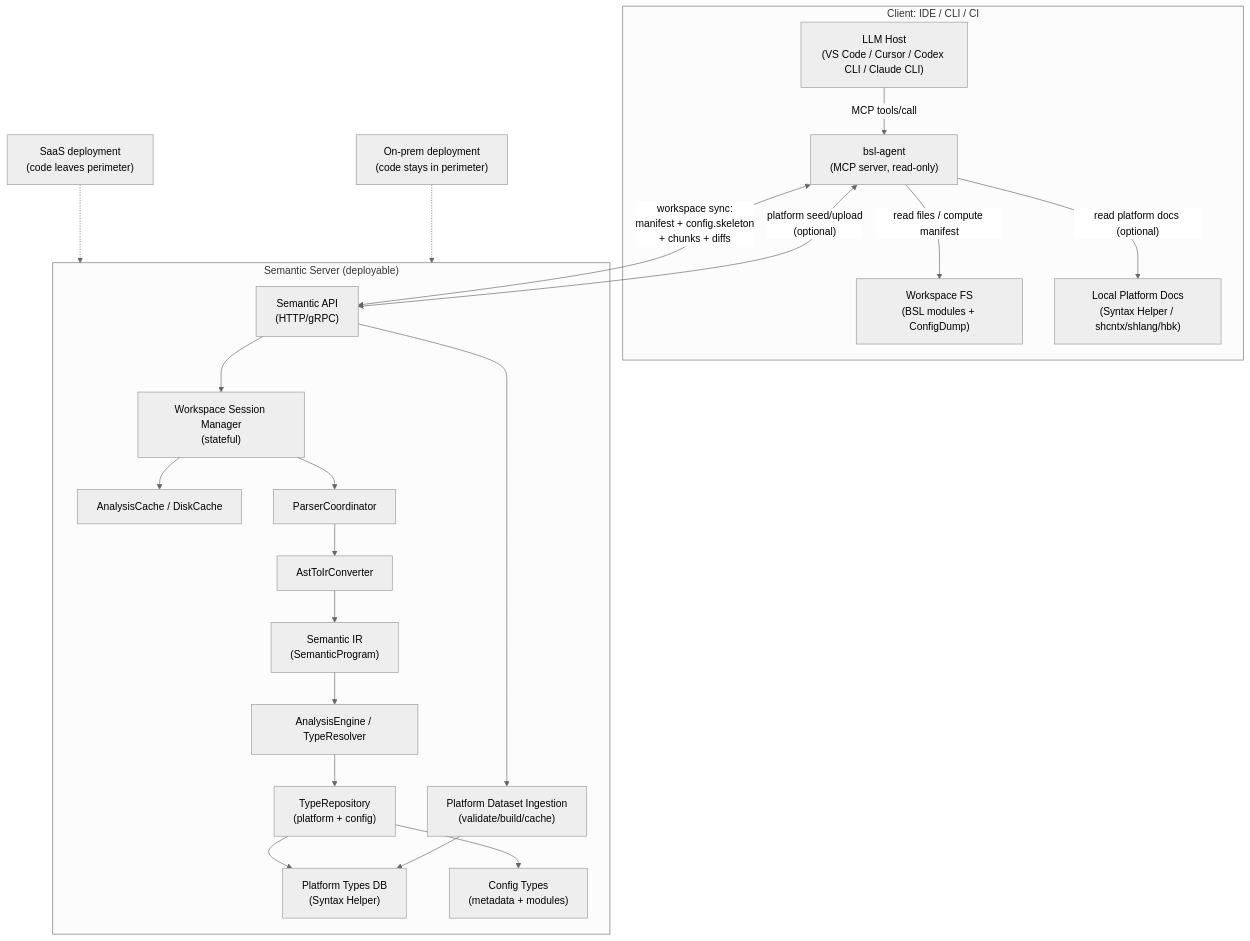
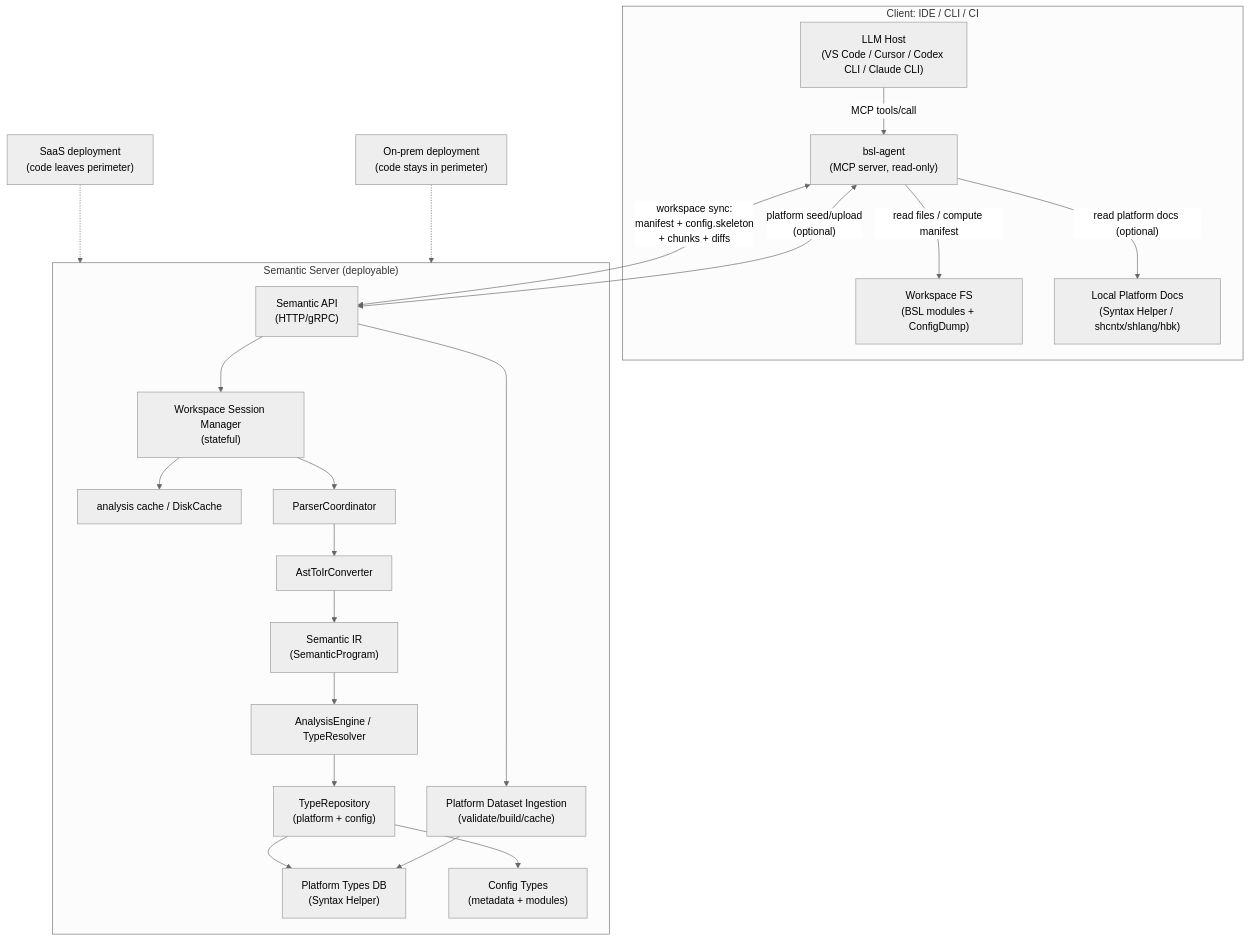
Before and after one commit to defin85/bsl-gradual-types: the diagram in docs/roadmap/future-architecture/architecture-vnext.md, drawn with Mermaid (neutral theme). The commit also changed 44 other files, not shown here.

First line of the commit message:
Refactor architecture and terminology for v2 analysis system

````diff
--- a/docs/roadmap/future-architecture/architecture-vnext.md
+++ b/docs/roadmap/future-architecture/architecture-vnext.md
@@ -106,54 +106,54 @@
 ```mermaid
 graph TB
   %% ======================
   %% Client side
   %% ======================
   subgraph Client["Client: IDE / CLI / CI"]
     Host["LLM Host<br/>(VS Code / Cursor / Codex CLI / Claude CLI)"]
     Agent["bsl-agent<br/>(MCP server, read-only)"]
     FS["Workspace FS<br/>(BSL modules + ConfigDump)"]
     PlatformDocsFS["Local Platform Docs<br/>(Syntax Helper / shcntx/shlang/hbk)"]
     Host -->|"MCP tools/call"| Agent
     Agent -->|"read files / compute manifest"| FS
     Agent -->|"read platform docs (optional)"| PlatformDocsFS
   end
 
   %% ======================
   %% Server side (deployable)
   %% ======================
   subgraph Server["Semantic Server (deployable)"]
     API["Semantic API<br/>(HTTP/gRPC)"]
     Sessions["Workspace Session Manager<br/>(stateful)"]
-    Cache["AnalysisCache / DiskCache"]
+    Cache["analysis cache / DiskCache"]
     Parser["ParserCoordinator"]
     AstToIr["AstToIrConverter"]
     IR["Semantic IR<br/>(SemanticProgram)"]
     Engine["AnalysisEngine / TypeResolver"]
     Types["TypeRepository<br/>(platform + config)"]
     Platform["Platform Types DB<br/>(Syntax Helper)"]
     Config["Config Types<br/>(metadata + modules)"]
     PlatformIngest["Platform Dataset Ingestion<br/>(validate/build/cache)"]
 
     API --> Sessions
     Sessions --> Cache
     Sessions --> Parser --> AstToIr --> IR --> Engine
     Engine --> Types
     Types --> Platform
     Types --> Config
     API --> PlatformIngest --> Platform
   end
 
   %% ======================
   %% Transport boundary
   %% ======================
   Agent <-->|"workspace sync:<br/>manifest + config.skeleton<br/>+ chunks + diffs"| API
   Agent <-->|"platform seed/upload<br/>(optional)"| API
 
   %% ======================
   %% Deployments
   %% ======================
   SaaS["SaaS deployment<br/>(code leaves perimeter)"]
   OnPrem["On-prem deployment<br/>(code stays in perimeter)"]
   SaaS -.-> Server
   OnPrem -.-> Server
 ```
````
